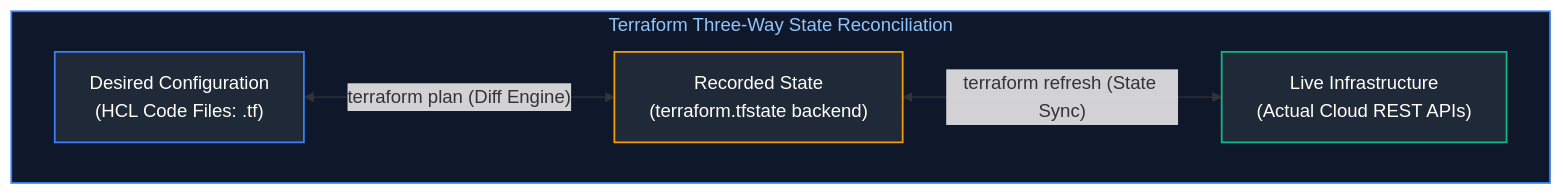
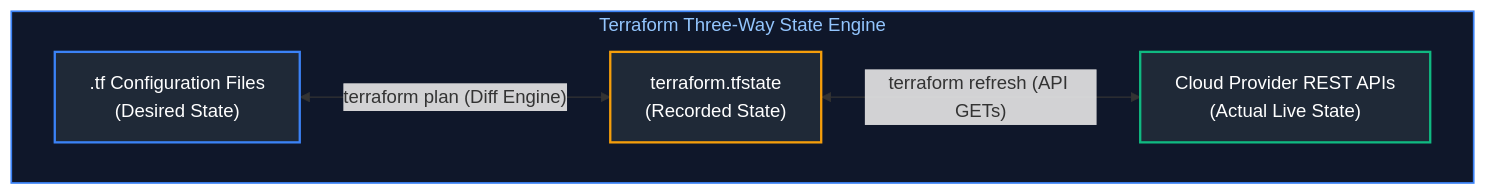
One commit to joydeep-biswas/Interview-Preparation changed the fourth of 5 diagrams in Cloud Engineering/06_infrastructure_as_code_and_configuration_management.md. Above: the diagram before and after it, drawn with Mermaid. The commit also changed other lines of this file and 143 other files, not shown here.

````diff
--- a/Cloud Engineering/06_infrastructure_as_code_and_configuration_management.md
+++ b/Cloud Engineering/06_infrastructure_as_code_and_configuration_management.md
@@ -272,16 +374,16 @@
 ```mermaid
 flowchart TD
-    subgraph Reconciliation ["Terraform Three-Way State Reconciliation"]
-        Desired["Desired Configuration<br/>(HCL Code Files: .tf)"]
-        Recorded["Recorded State<br/>(terraform.tfstate backend)"]
-        Live["Live Infrastructure<br/>(Actual Cloud REST APIs)"]
+    subgraph TriState ["Terraform Three-Way State Engine"]
+        Code[".tf Configuration Files<br/>(Desired State)"]
+        State["terraform.tfstate<br/>(Recorded State)"]
+        Live["Cloud Provider REST APIs<br/>(Actual Live State)"]
 
-        Desired <-->|"terraform plan (Diff Engine)"| Recorded
-        Recorded <-->|"terraform refresh (State Sync)"| Live
+        State <-->|"terraform refresh (API GETs)"| Live
+        Code <-->|"terraform plan (Diff Engine)"| State
     end
 
-    style Reconciliation fill:#0f172a,stroke:#3b82f6,stroke-width:1.5px,color:#93c5fd
-    style Desired fill:#1f2937,stroke:#3b82f6,stroke-width:1.5px,color:#fff
-    style Recorded fill:#1f2937,stroke:#f59e0b,stroke-width:1.5px,color:#fff
-    style Live fill:#1f2937,stroke:#10b981,stroke-width:1.5px,color:#fff
+    style TriState fill:#0f172a,stroke:#3b82f6,stroke-width:1.5px,color:#93c5fd
+    style Code fill:#1f2937,stroke:#3b82f6,stroke-width:2px,color:#fff
+    style State fill:#1f2937,stroke:#f59e0b,stroke-width:2px,color:#fff
+    style Live fill:#1f2937,stroke:#10b981,stroke-width:2px,color:#fff
 ```
````
